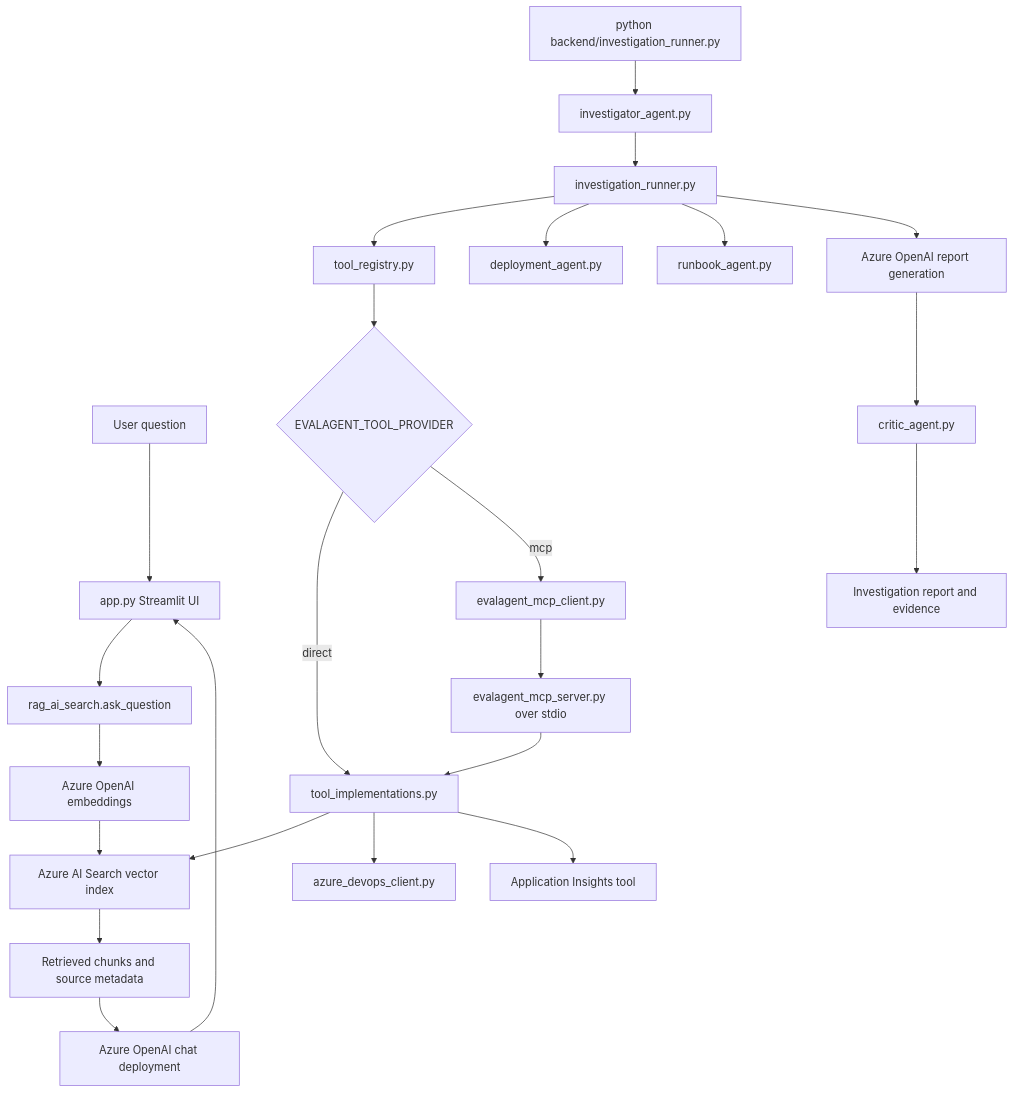
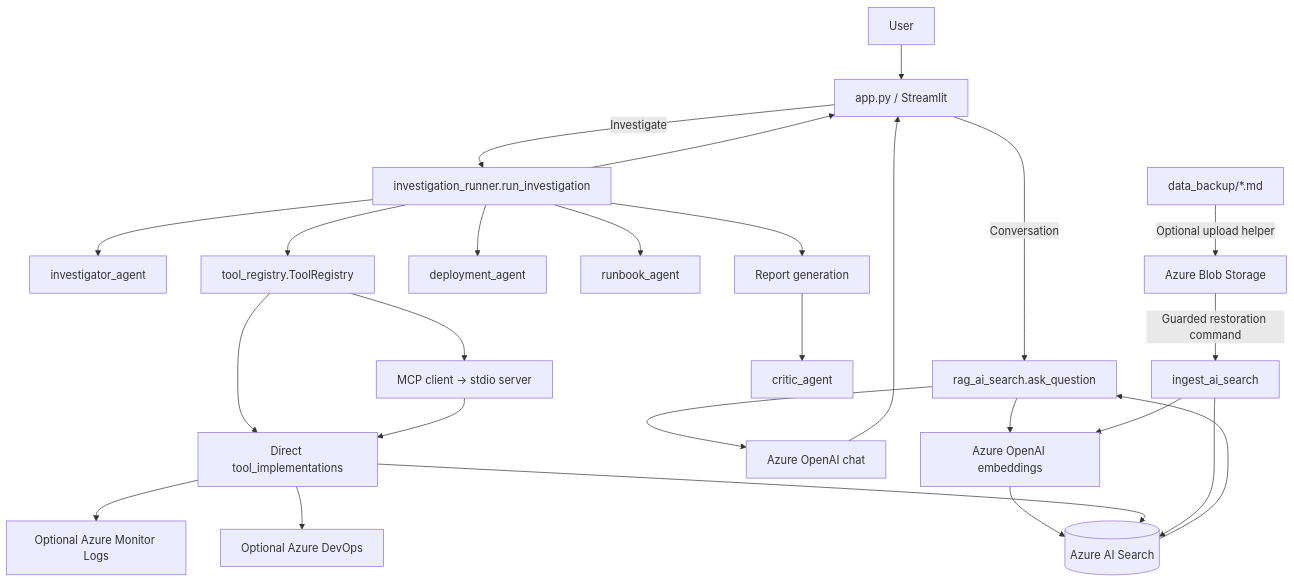
Before and after one commit to Tezfai/evalagent: the diagram in ARCHITECTURE_GUIDE.md, drawn with Mermaid. The commit also changed other lines of this file and 5 other files, not shown here.

````diff
--- a/ARCHITECTURE_GUIDE.md
+++ b/ARCHITECTURE_GUIDE.md
@@ -13,27 +14,30 @@
 ```mermaid
 flowchart TD
-    User[User question] --> UI[app.py Streamlit UI]
-    UI --> RAG[rag_ai_search.ask_question]
-    RAG --> Embed[Azure OpenAI embeddings]
-    Embed --> Search[Azure AI Search vector index]
-    Search --> Context[Retrieved chunks and source metadata]
-    Context --> Chat[Azure OpenAI chat deployment]
-    Chat --> UI
+    User --> UI[app.py / Streamlit]
+    UI -->|Conversation| RAG[rag_ai_search.ask_question]
+    RAG --> E[Azure OpenAI embeddings]
+    E --> S[(Azure AI Search)]
+    S --> RAG
+    RAG --> C[Azure OpenAI chat]
+    C --> UI
 
-    CLI[python backend/investigation_runner.py] --> Planner[investigator_agent.py]
-    Planner --> Runner[investigation_runner.py]
-    Runner --> Registry[tool_registry.py]
-    Registry --> Provider{EVALAGENT_TOOL_PROVIDER}
-    Provider -->|direct| Implementations[tool_implementations.py]
-    Provider -->|mcp| Client[evalagent_mcp_client.py]
-    Client --> Server[evalagent_mcp_server.py over stdio]
-    Server --> Implementations
-    Implementations --> Search
-    Implementations --> DevOps[azure_devops_client.py]
-    Implementations --> AppInsights[Application Insights tool]
-    Runner --> Deployment[deployment_agent.py]
-    Runner --> Runbook[runbook_agent.py]
-    Runner --> Report[Azure OpenAI report generation]
-    Report --> Critic[critic_agent.py]
-    Critic --> Final[Investigation report and evidence]
+    UI -->|Investigate| IR[investigation_runner.run_investigation]
+    IR --> P[investigator_agent]
+    IR --> TR[tool_registry.ToolRegistry]
+    TR --> D[Direct tool_implementations]
+    TR --> M[MCP client -> stdio server]
+    M --> D
+    D --> S
+    D --> AD[Optional Azure DevOps]
+    D --> AI[Optional Azure Monitor Logs]
+    IR --> DA[deployment_agent]
+    IR --> RA[runbook_agent]
+    IR --> RG[Report generation]
+    RG --> CR[critic_agent]
+    IR --> UI
+
+    Backup[data_backup/*.md] -->|Optional upload helper| B[Azure Blob Storage]
+    B -->|Guarded restoration command| ING[ingest_ai_search]
+    ING --> E
+    ING --> S
 ```
````
